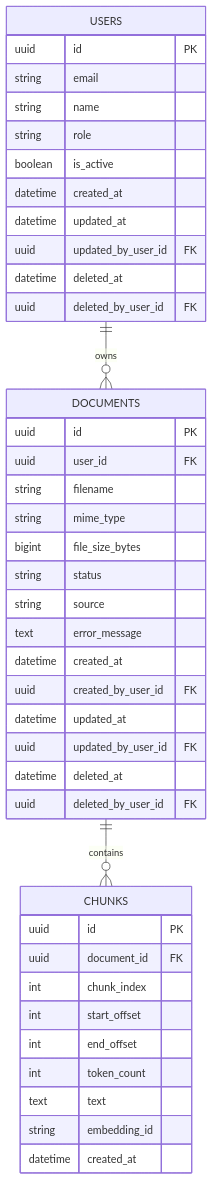
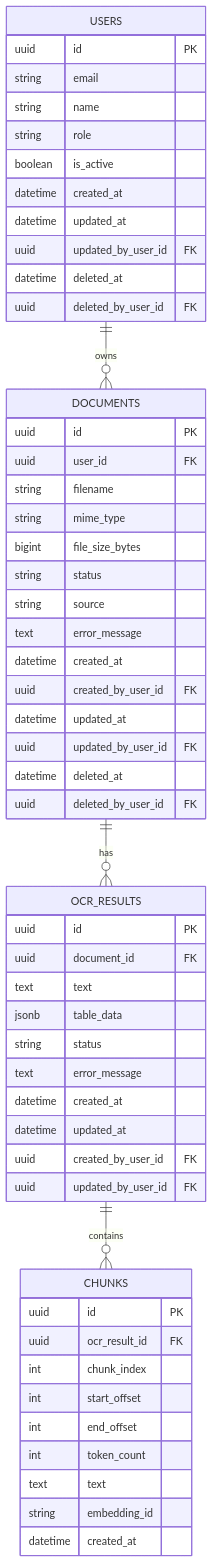
The diagram in docs/db_schema.md (jszhanglab/rag-demo), drawn with Mermaid before and after one commit. The commit also changed other lines of this file and 20 other files, not shown here.

````diff
--- a/docs/db_schema.md
+++ b/docs/db_schema.md
@@ -7,47 +8,61 @@
 ```mermaid
 erDiagram
   USERS ||--o{ DOCUMENTS : "owns"
-  DOCUMENTS ||--o{ CHUNKS : "contains"
+  DOCUMENTS ||--o{ OCR_RESULTS : "has"
+  OCR_RESULTS ||--o{ CHUNKS : "contains"
 
   USERS {
     uuid id PK
     string email
     string name
     string role
     boolean is_active
     datetime created_at
     datetime updated_at
     uuid updated_by_user_id FK
     datetime deleted_at
     uuid deleted_by_user_id FK
   }
 
   DOCUMENTS {
     uuid id PK
     uuid user_id FK
     string filename
     string mime_type
     bigint file_size_bytes
     string status
     string source
     text error_message
     datetime created_at
     uuid created_by_user_id FK
     datetime updated_at
     uuid updated_by_user_id FK
     datetime deleted_at
     uuid deleted_by_user_id FK
   }
 
+  OCR_RESULTS {
+    uuid id PK
+    uuid document_id FK
+    text text
+    jsonb table_data
+    string status
+    text error_message
+    datetime created_at
+    datetime updated_at
+    uuid created_by_user_id FK
+    uuid updated_by_user_id FK
+  }
+
   CHUNKS {
     uuid id PK
-    uuid document_id FK
+    uuid ocr_result_id FK
     int chunk_index
     int start_offset
     int end_offset
     int token_count
     text text
     string embedding_id
     datetime created_at
   }
 ```  
````
